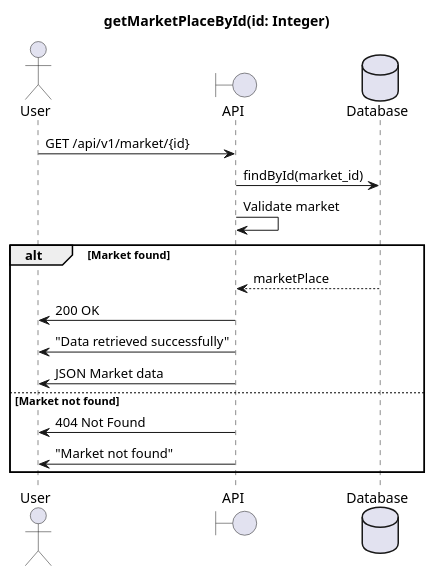
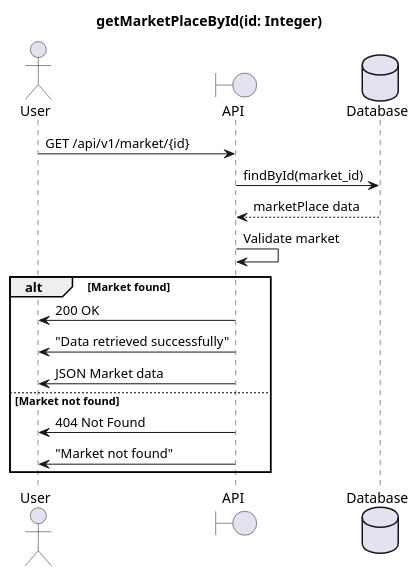
The diagram in PlantUML/Marketplace/getMarketplaceById.puml (b6428259/PriorLab1), drawn with PlantUML before and after one commit. The commit also changed 21 other files, not shown here.

```diff
--- a/PlantUML/Marketplace/getMarketplaceById.puml
+++ b/PlantUML/Marketplace/getMarketplaceById.puml
@@ -1,22 +1,23 @@
 @startuml
 title getMarketPlaceById(id: Integer)
 
 actor User as u
 boundary API as a
 database Database as d
 
 u->a : GET /api/v1/market/{id}
 a->d: findById(market_id)
+    d-->a : marketPlace data
 a->a : Validate market
 
 alt Market found
-    d-->a : marketPlace
+
     a->u : 200 OK
     a->u : "Data retrieved successfully"
     a->u : JSON Market data
 else Market not found
     a->u : 404 Not Found
     a->u : "Market not found"
 end
 
 @enduml
```
